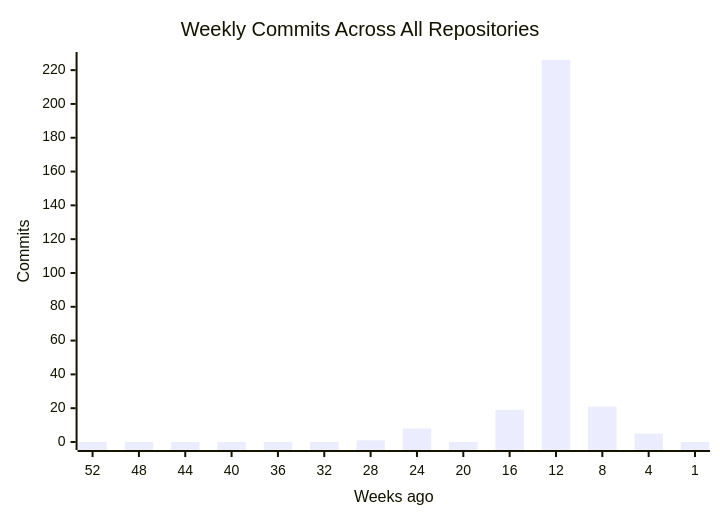
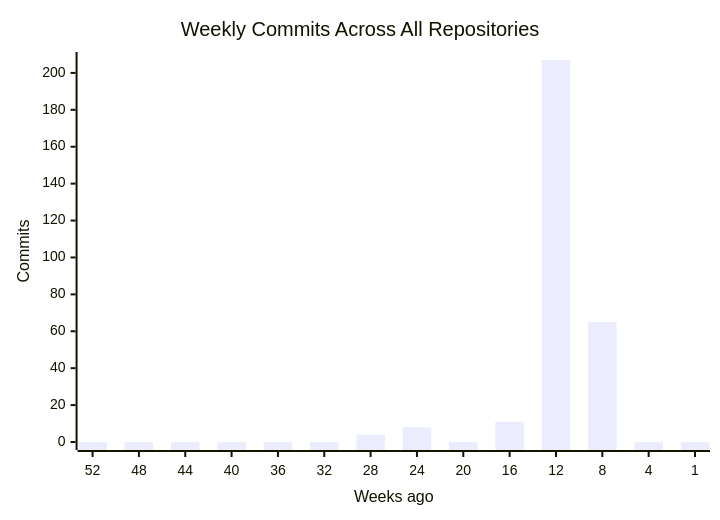
One commit to CSTH-Projects/.github changed the first of 4 diagrams in profile/README.md. Above: the diagram before and after it, drawn with Mermaid. The commit also changed other lines of this file, not shown here.

````diff
--- a/profile/README.md
+++ b/profile/README.md
@@ -16,7 +16,7 @@
 ```mermaid
 xychart-beta
     title "Weekly Commits Across All Repositories"
     x-axis "Weeks ago" [52, 48, 44, 40, 36, 32, 28, 24, 20, 16, 12, 8, 4, 1]
     y-axis "Commits"
-    bar [0, 0, 0, 0, 0, 0, 1, 8, 0, 19, 226, 21, 5, 0]
+    bar [0, 0, 0, 0, 0, 0, 4, 8, 0, 11, 207, 65, 0, 0]
 ```
````
